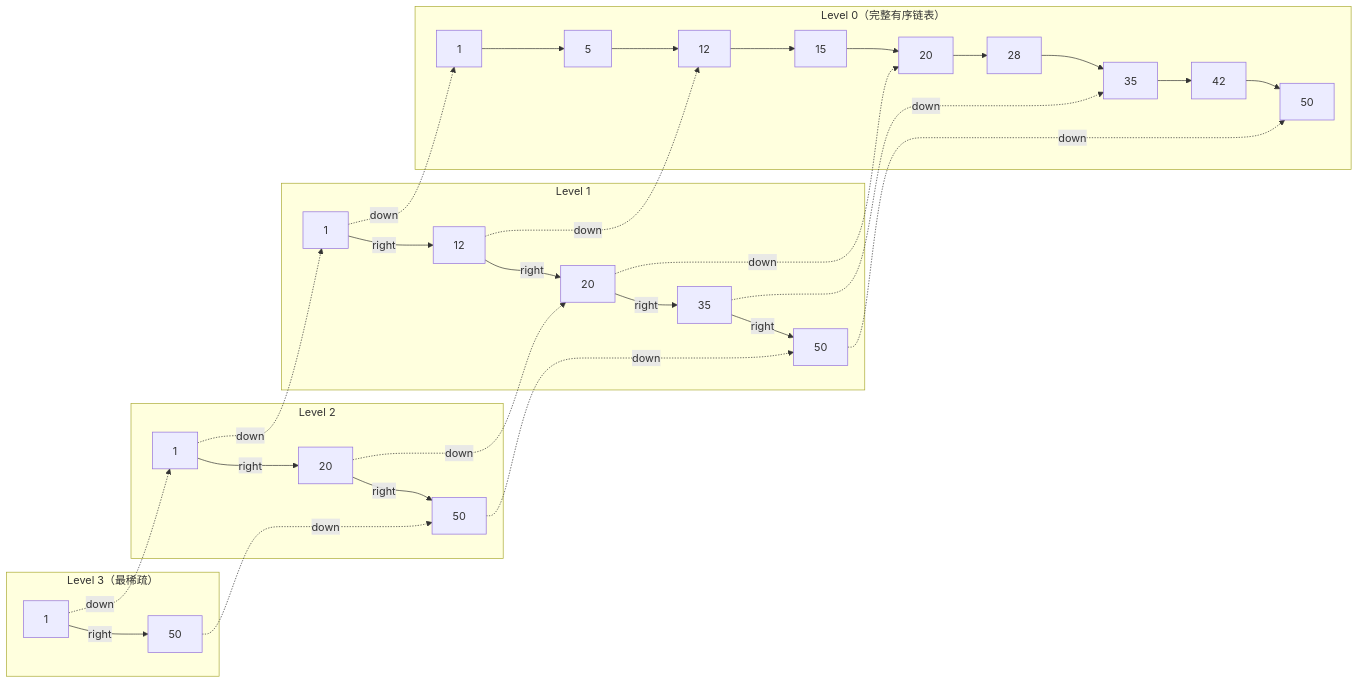
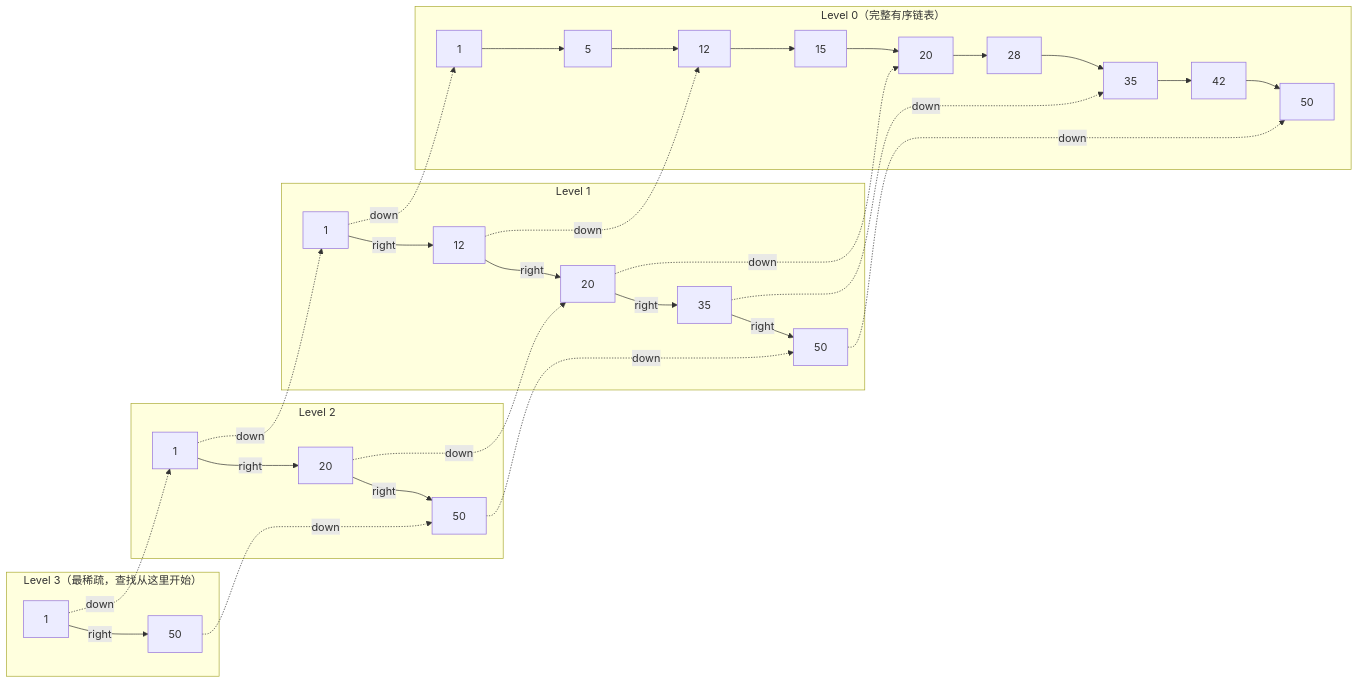
The first of 7 diagrams in part3-java-deep/A1-核心数据结构原理.md (LiPingjiang/Full-Stack-Knowledge-Book), drawn with Mermaid before and after one commit.

Commit message:
docs(A1): 修正mermaid subgraph声明顺序，Level 3在顶部Level 0在底部
- 结构图和插入图的subgraph顺序反转：Level 0先声明(渲染在底部)，Level 3后声明(渲染在顶部)

- 修复渲染时Level 0显示在顶部、Level 3显示在底部的问题

````diff
--- a/part3-java-deep/A1-核心数据结构原理.md
+++ b/part3-java-deep/A1-核心数据结构原理.md
@@ -25,26 +25,26 @@
 ```mermaid
 graph LR
-    subgraph "Level 3（最稀疏）"
-        L3_1["1"] -->|right| L3_50["50"]
+    subgraph "Level 0（完整有序链表）"
+        L0_1["1"] --> L0_5["5"] --> L0_12["12"] --> L0_15["15"] --> L0_20["20"] --> L0_28["28"] --> L0_35["35"] --> L0_42["42"] --> L0_50["50"]
+    end
+    subgraph "Level 1"
+        L1_1["1"] -->|right| L1_12["12"] -->|right| L1_20["20"] -->|right| L1_35["35"] -->|right| L1_50["50"]
     end
     subgraph "Level 2"
         L2_1["1"] -->|right| L2_20["20"] -->|right| L2_50["50"]
     end
-    subgraph "Level 1"
-        L1_1["1"] -->|right| L1_12["12"] -->|right| L1_20["20"] -->|right| L1_35["35"] -->|right| L1_50["50"]
-    end
-    subgraph "Level 0（完整有序链表）"
-        L0_1["1"] --> L0_5["5"] --> L0_12["12"] --> L0_15["15"] --> L0_20["20"] --> L0_28["28"] --> L0_35["35"] --> L0_42["42"] --> L0_50["50"]
+    subgraph "Level 3（最稀疏，查找从这里开始）"
+        L3_1["1"] -->|right| L3_50["50"]
     end
 
     L3_1 -.->|down| L2_1
     L3_50 -.->|down| L2_50
     L2_1 -.->|down| L1_1
     L2_20 -.->|down| L1_20
     L2_50 -.->|down| L1_50
     L1_1 -.->|down| L0_1
     L1_12 -.->|down| L0_12
     L1_20 -.->|down| L0_20
     L1_35 -.->|down| L0_35
     L1_50 -.->|down| L0_50
 ```
````
